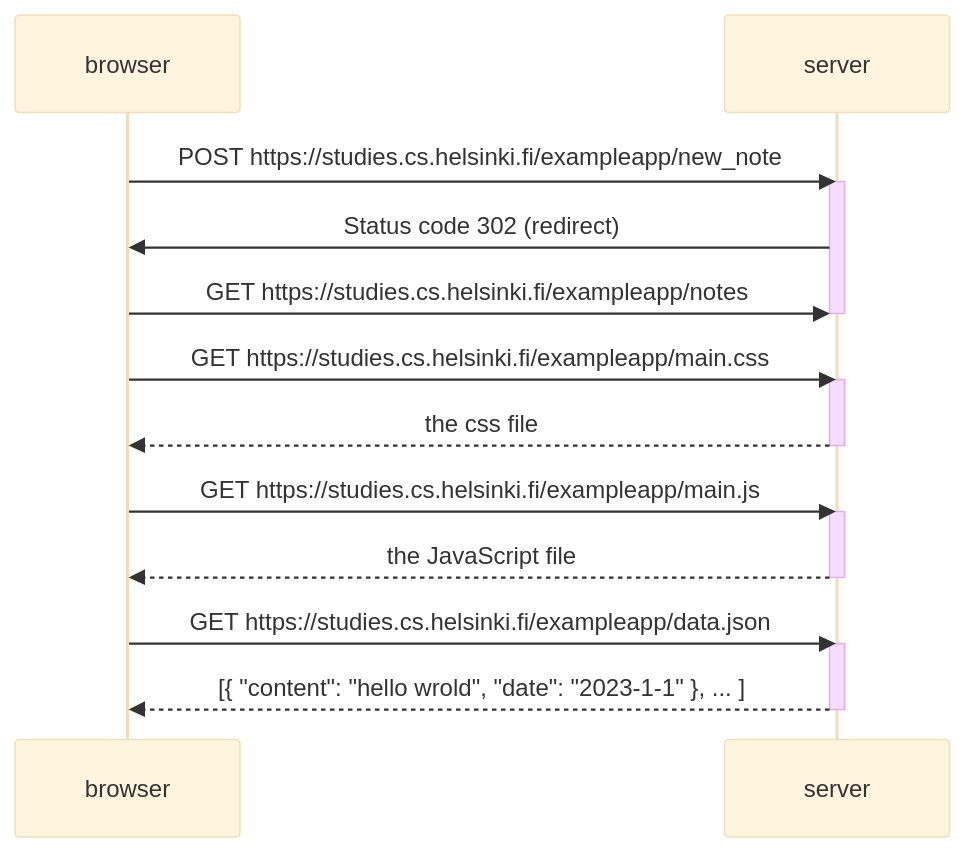
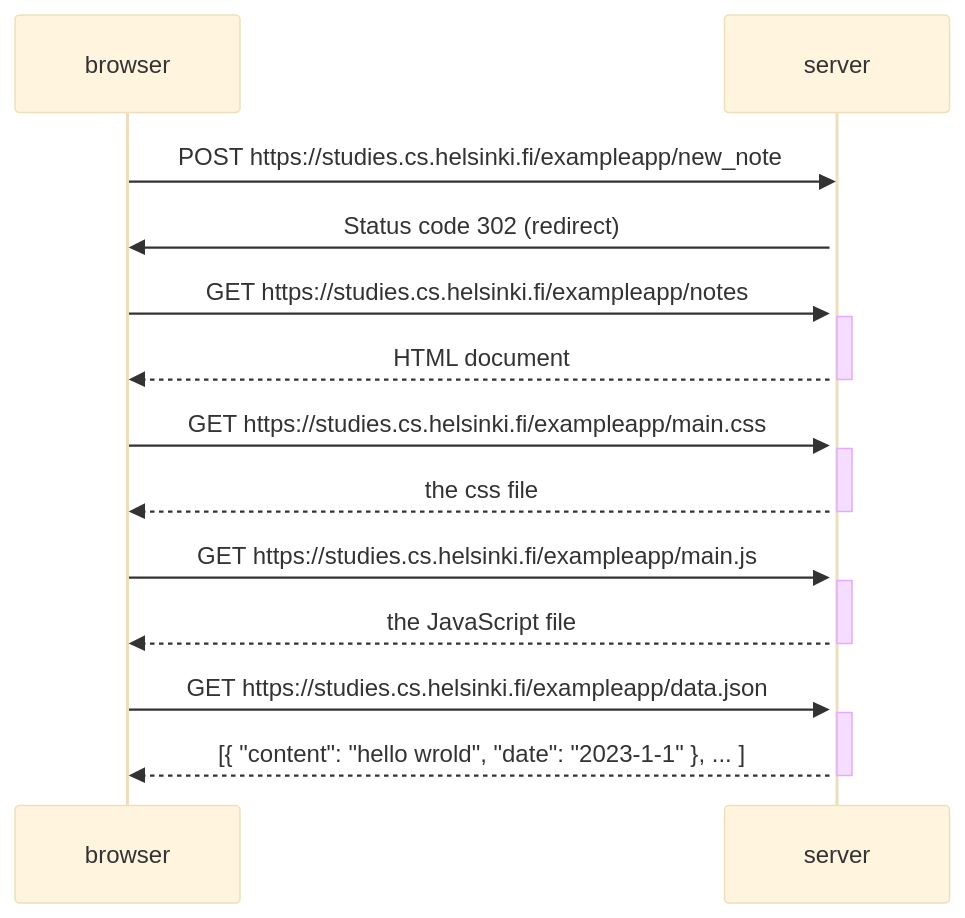
Before and after one commit to soikarin/fullstackopen: the diagram in osa0/t0.4.md, drawn with Mermaid (base theme).

````diff
--- a/osa0/t0.4.md
+++ b/osa0/t0.4.md
@@ -3,27 +3,30 @@
 ```mermaid
 sequenceDiagram
 participant browser
 participant server
 
 browser->>server: POST https://studies.cs.helsinki.fi/exampleapp/new_note
 activate server
 server->>browser: Status code 302 (redirect)
+
 browser->>server: GET https://studies.cs.helsinki.fi/exampleapp/notes
+activate server
+server-->>browser: HTML document
 deactivate server
 
 browser->>server: GET https://studies.cs.helsinki.fi/exampleapp/main.css
 activate server
 server-->>browser: the css file
 deactivate server
 
 browser->>server: GET https://studies.cs.helsinki.fi/exampleapp/main.js
 activate server
 server-->>browser: the JavaScript file
 deactivate server
 
 browser->>server: GET https://studies.cs.helsinki.fi/exampleapp/data.json
 activate server
 server-->>browser: [{ "content": "hello wrold", "date": "2023-1-1" }, ... ]
 deactivate server
 
 ```
````
